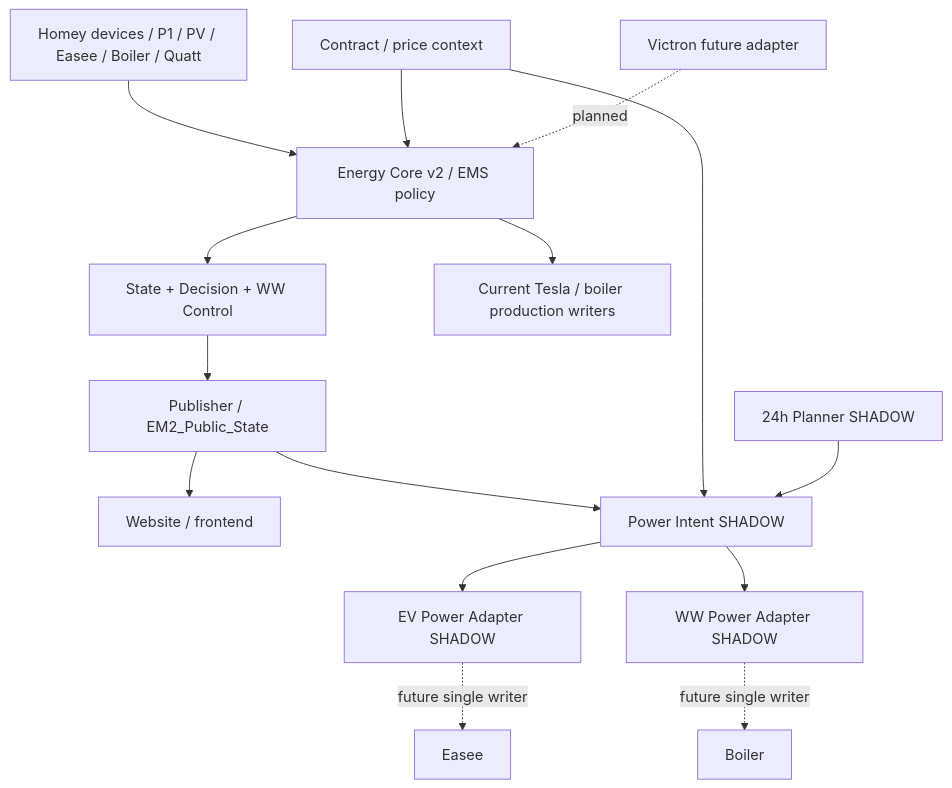
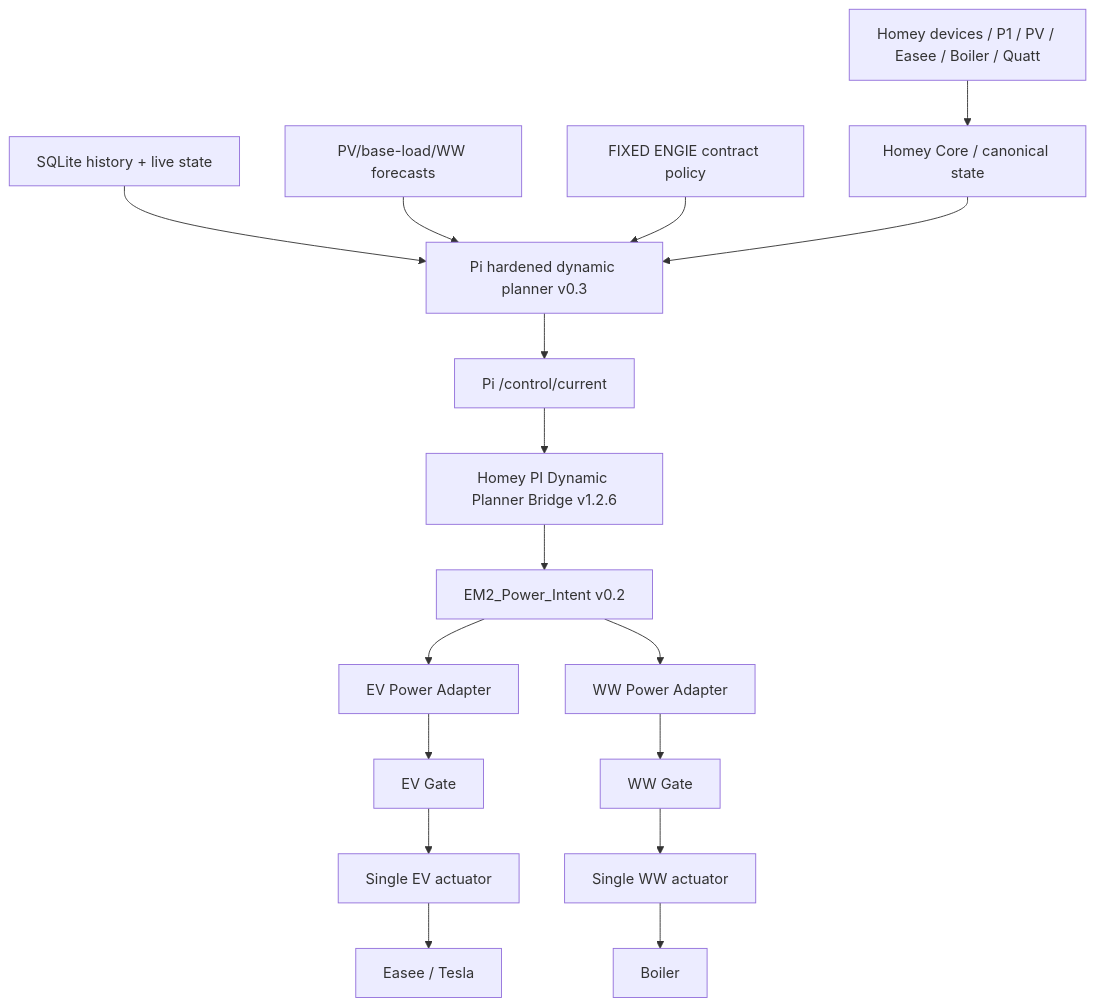
Before and after one commit to OnsKasteeltje/homey-energy-manual: the diagram in docs/software-architecture/architecture/01-overview.md, drawn with Mermaid. The commit also changed other lines of this file, not shown here.

Commit message:
docs: align software architecture overview with current Pi/Homey production state

````diff
--- a/docs/software-architecture/architecture/01-overview.md
+++ b/docs/software-architecture/architecture/01-overview.md
@@ -40,17 +26,19 @@
 ```mermaid
 flowchart TD
-  DEV[Homey devices / P1 / PV / Easee / Boiler / Quatt] --> CORE[Energy Core v2 / EMS policy]
-  CORE --> STATE[State + Decision + WW Control]
-  STATE --> PUB[Publisher / EM2_Public_State]
-  PUB --> WEB[Website / frontend]
-  PUB --> PI[Power Intent SHADOW]
-  PI --> EVA[EV Power Adapter SHADOW]
-  PI --> WWA[WW Power Adapter SHADOW]
-  EVA -. future single writer .-> EASEE[Easee]
-  WWA -. future single writer .-> BOILER[Boiler]
-  CORE --> PROD[Current Tesla / boiler production writers]
-  PRICE[Contract / price context] --> CORE
-  PRICE --> PI
-  PLAN[24h Planner SHADOW] --> PI
-  VICTRON[Victron future adapter] -. planned .-> CORE
+  DEV[Homey devices / P1 / PV / Easee / Boiler / Quatt] --> CORE[Homey Core / canonical state]
+  HIST[SQLite history + live state] --> PI[Pi hardened dynamic planner v0.3]
+  FC[PV/base-load/WW forecasts] --> PI
+  CONTRACT[FIXED ENGIE contract policy] --> PI
+  CORE --> PI
+  PI --> API[Pi /control/current]
+  API --> BRIDGE[Homey PI Dynamic Planner Bridge v1.2.6]
+  BRIDGE --> INTENT[EM2_Power_Intent v0.2]
+  INTENT --> EVA[EV Power Adapter]
+  INTENT --> WWA[WW Power Adapter]
+  EVA --> EVG[EV Gate]
+  WWA --> WWG[WW Gate]
+  EVG --> EVACT[Single EV actuator]
+  WWG --> WWACT[Single WW actuator]
+  EVACT --> EASEE[Easee / Tesla]
+  WWACT --> BOILER[Boiler]
 ```
````
